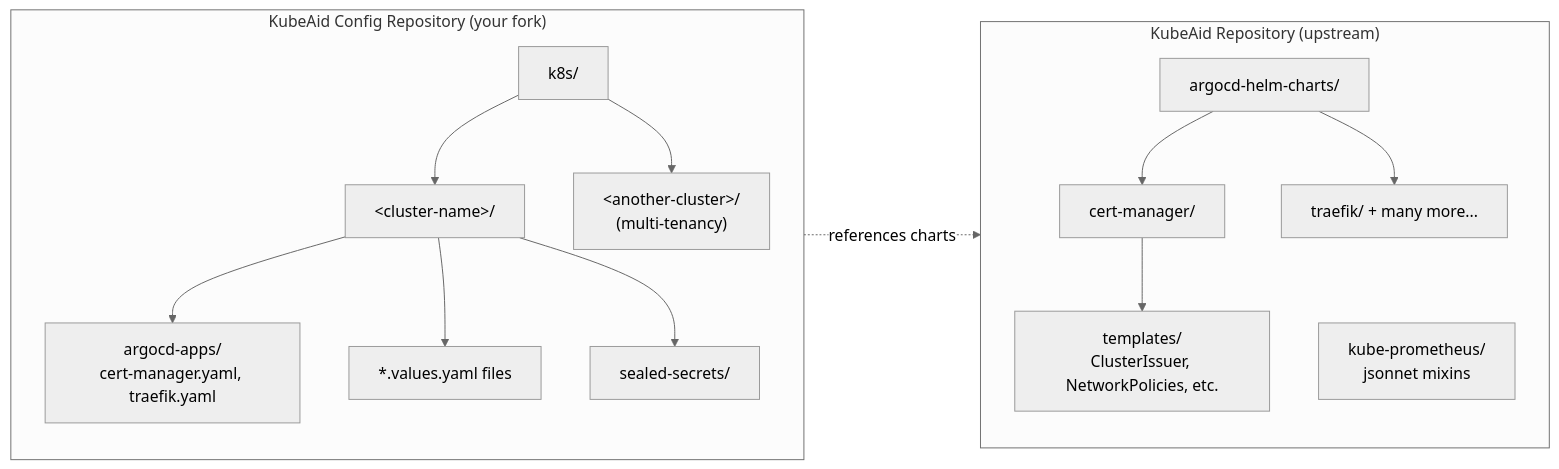
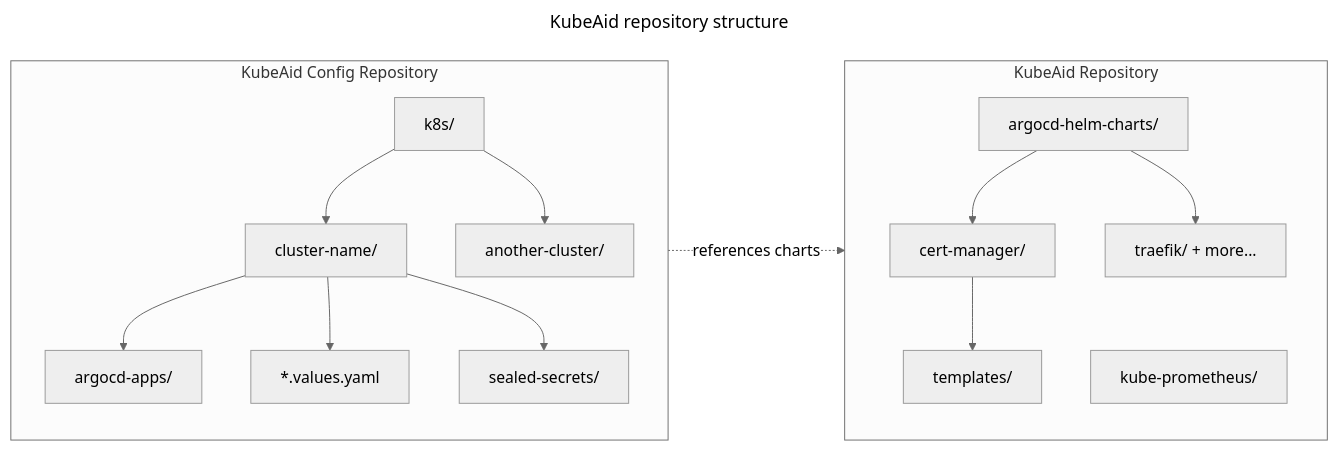
The diagram in docs/getting-started/prerequisites.md (blackwoodseven/kubeaid), drawn with Mermaid (neutral theme) before and after one commit. The commit also changed other lines of this file, not shown here.

Commit message:
Worked upon changes requested - prerequisites doc

````diff
--- a/docs/getting-started/prerequisites.md
+++ b/docs/getting-started/prerequisites.md
@@ -89,33 +89,36 @@
 ```mermaid
+---
+title: KubeAid repository structure
+---
 flowchart LR
-    subgraph KubeAid["KubeAid Repository (upstream)"]
+    subgraph KubeAid["KubeAid Repository"]
         direction TB
         HelmCharts["argocd-helm-charts/"]
         CertManager["cert-manager/"]
-        Templates["templates/<br/>ClusterIssuer, NetworkPolicies, etc."]
-        Traefik["traefik/ + many more..."]
-        KubePrometheus["kube-prometheus/<br/>jsonnet mixins"]
+        Templates["templates/"]
+        Traefik["traefik/ + more..."]
+        KubePrometheus["kube-prometheus/"]
         
         HelmCharts --> CertManager
         HelmCharts --> Traefik
         CertManager --> Templates
     end
     
-    subgraph KubeAidConfig["KubeAid Config Repository (your fork)"]
+    subgraph KubeAidConfig["KubeAid Config Repository"]
         direction TB
         K8s["k8s/"]
-        Cluster1["&lt;cluster-name&gt;/"]
-        ArgoApps["argocd-apps/<br/>cert-manager.yaml, traefik.yaml"]
-        Values["*.values.yaml files"]
+        Cluster1["cluster-name/"]
+        ArgoApps["argocd-apps/"]
+        Values["*.values.yaml"]
         SealedSecrets["sealed-secrets/"]
-        Cluster2["&lt;another-cluster&gt;/<br/>(multi-tenancy)"]
+        Cluster2["another-cluster/"]
         
         K8s --> Cluster1
         K8s --> Cluster2
         Cluster1 --> ArgoApps
         Cluster1 --> Values
         Cluster1 --> SealedSecrets
     end
     
     ArgoApps -.->|references charts| HelmCharts
 ```
````
